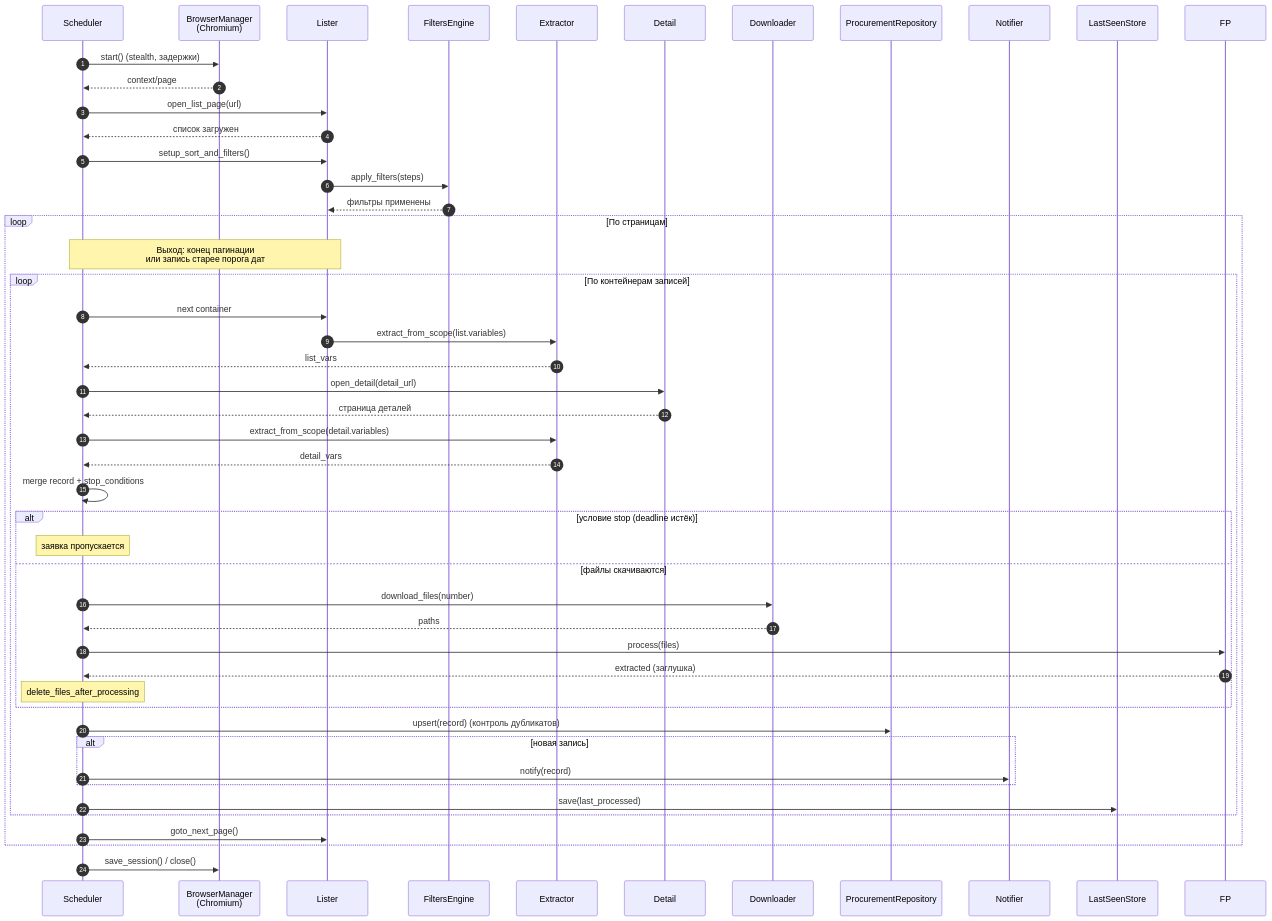
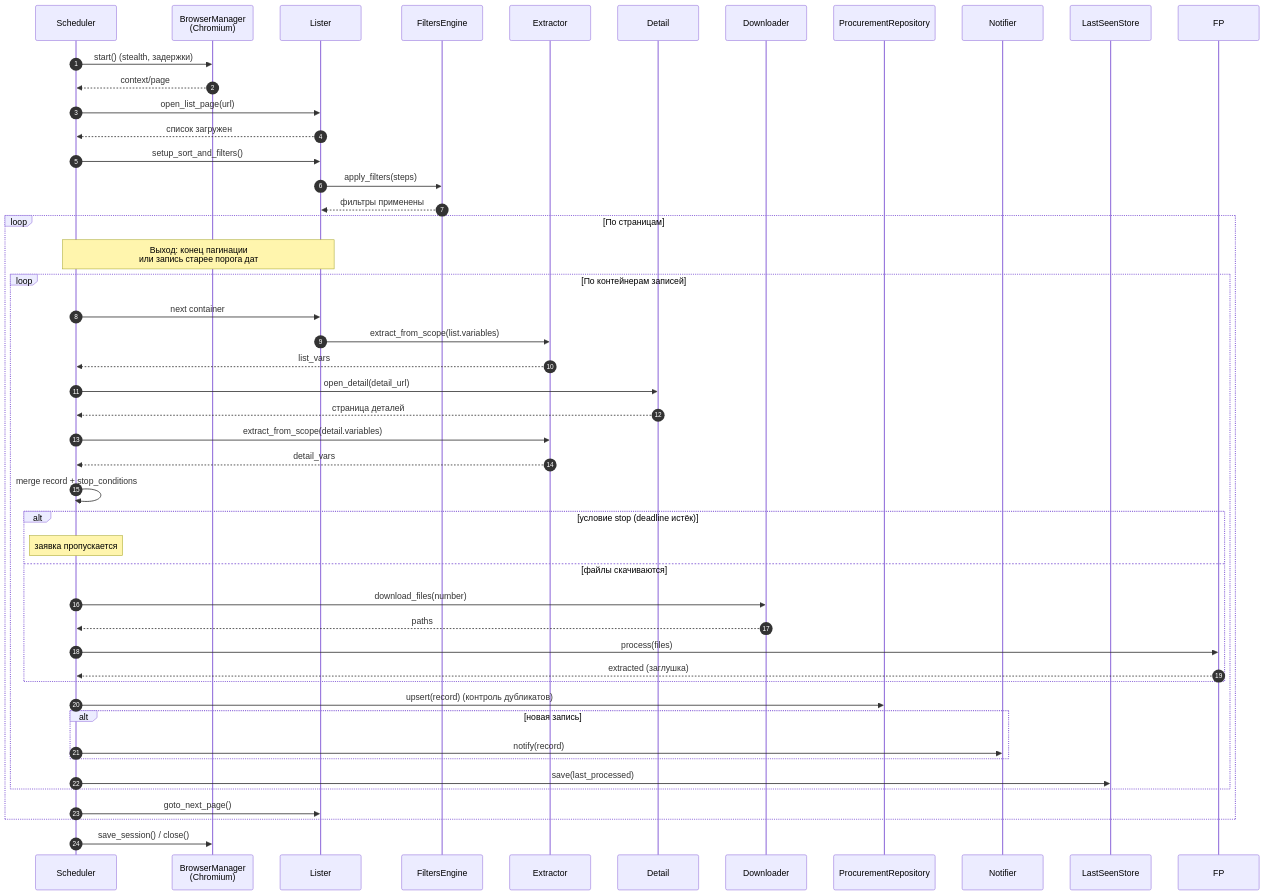
The diagram in docs/c4/sequence.md (igorvolk1961/zakupki_parser), drawn with Mermaid before and after one commit. The commit also changed 4 other files, not shown here.

First line of the commit message:
refactor: убрать delete_files_after_processing — файлы не удаляются

````diff
--- a/docs/c4/sequence.md
+++ b/docs/c4/sequence.md
@@ -6,53 +6,52 @@
 ```mermaid
 sequenceDiagram
     autonumber
     participant S as Scheduler
     participant B as BrowserManager<br/>(Chromium)
     participant L as Lister
     participant F as FiltersEngine
     participant E as Extractor
     participant D as Detail
     participant DL as Downloader
     participant R as ProcurementRepository
     participant N as Notifier
     participant LS as LastSeenStore
 
     S->>B: start() (stealth, задержки)
     B-->>S: context/page
     S->>L: open_list_page(url)
     L-->>S: список загружен
     S->>L: setup_sort_and_filters()
     L->>F: apply_filters(steps)
     F-->>L: фильтры применены
 
     loop По страницам
         Note over S,L: Выход: конец пагинации<br/>или запись старее порога дат
         loop По контейнерам записей
             S->>L: next container
             L->>E: extract_from_scope(list.variables)
             E-->>S: list_vars
             S->>D: open_detail(detail_url)
             D-->>S: страница деталей
             S->>E: extract_from_scope(detail.variables)
             E-->>S: detail_vars
             S->>S: merge record + stop_conditions
             alt условие stop (deadline истёк)
                 Note over S: заявка пропускается
             else файлы скачиваются
                 S->>DL: download_files(number)
                 DL-->>S: paths
                 S->>FP: process(files)
                 FP-->>S: extracted (заглушка)
-                Note over S: delete_files_after_processing
             end
             S->>R: upsert(record) (контроль дубликатов)
             alt новая запись
                 S->>N: notify(record)
             end
             S->>LS: save(last_processed)
         end
         S->>L: goto_next_page()
     end
 
     S->>B: save_session() / close()
 ```
````
